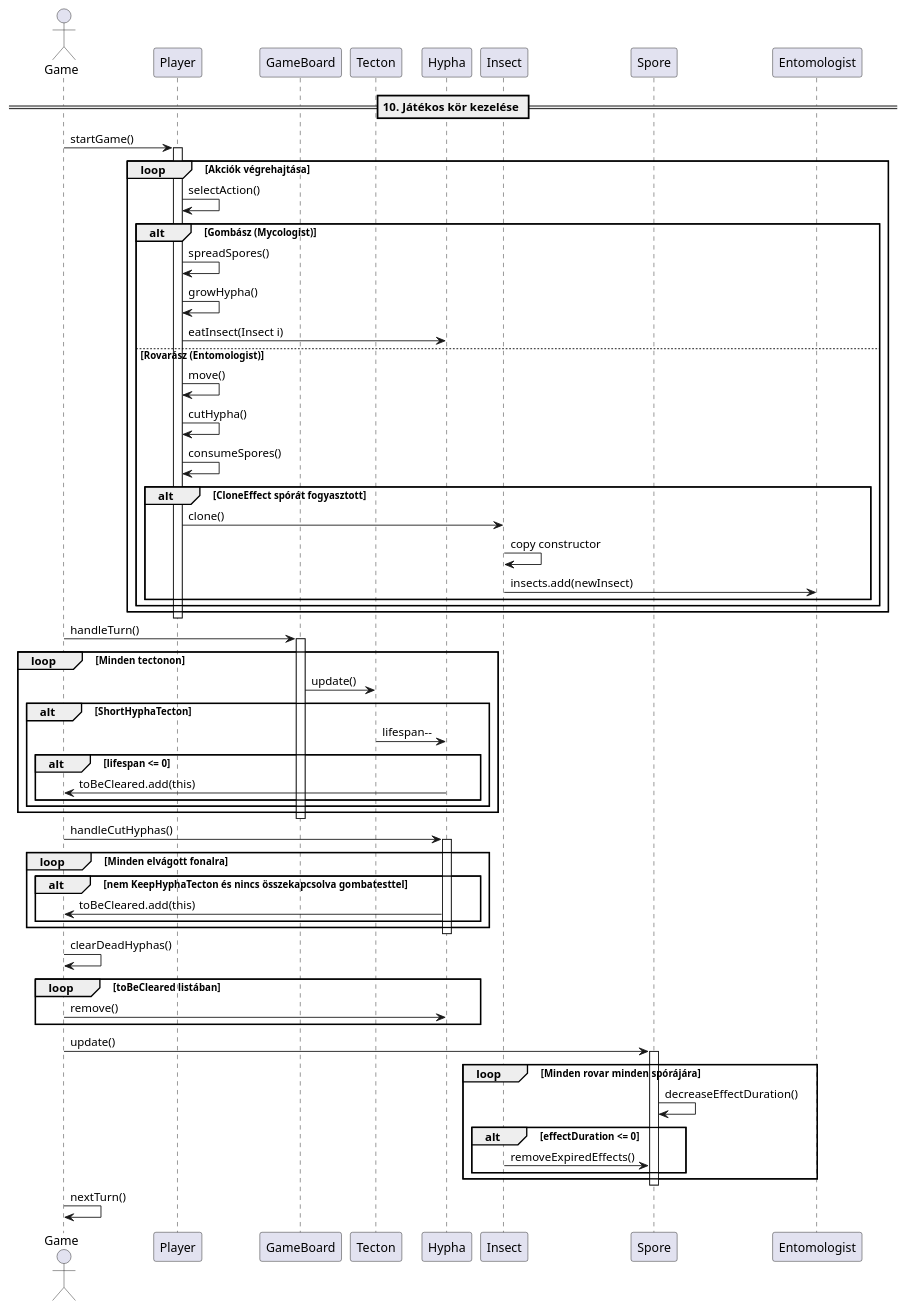
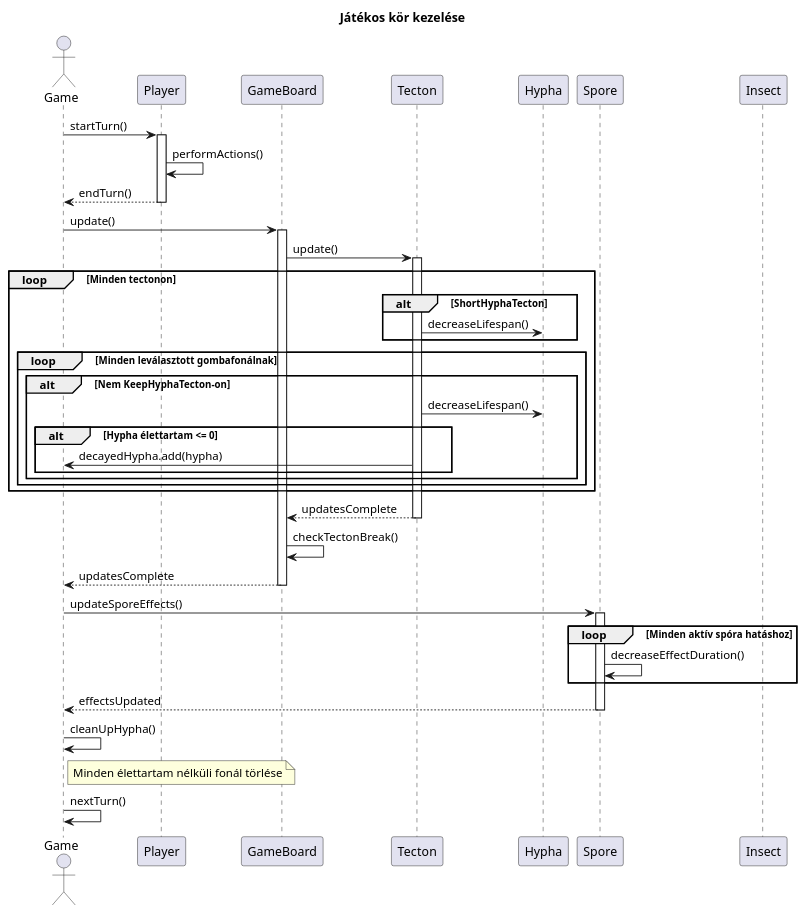
The diagram in docs/Sequence/Turn-kezeles.plantuml (hujberhunor/SzomiSztegoProjlab), drawn with PlantUML before and after one commit. The commit also changed 6 other files, not shown here.

```diff
--- a/docs/Sequence/Turn-kezeles.plantuml
+++ b/docs/Sequence/Turn-kezeles.plantuml
@@ -1,75 +1,61 @@
 @startuml
 
-== 10. Játékos kör kezelése ==
+title Játékos kör kezelése 
 actor Game
 participant Player
 participant GameBoard
 participant Tecton
 participant Hypha
+participant Spore
 participant Insect
-participant Spore
 
-Game -> Player: startGame()
+Game -> Player: startTurn()
 activate Player
+Player -> Player: performActions()
+Player --> Game: endTurn()
+deactivate Player
 
-loop Akciók végrehajtása
-    Player -> Player: selectAction()
-    alt Gombász (Mycologist)
-        Player -> Player: spreadSpores()
-        Player -> Player: growHypha()
-        Player -> Hypha: eatInsect(Insect i)
-    else Rovarász (Entomologist)
-        Player -> Player: move()
-        Player -> Player: cutHypha()
-        Player -> Player: consumeSpores()
-        
-        alt CloneEffect spórát fogyasztott
-            Player -> Insect: clone()
-            Insect -> Insect: copy constructor
-            Insect -> Entomologist: insects.add(newInsect)
+Game -> GameBoard: update()
+activate GameBoard
+
+GameBoard -> Tecton: update()
+activate Tecton
+
+loop Minden tectonon
+    
+    alt ShortHyphaTecton
+        Tecton -> Hypha: decreaseLifespan()
+    end
+    
+    loop Minden leválasztott gombafonálnak
+        alt Nem KeepHyphaTecton-on
+            Tecton -> Hypha: decreaseLifespan()
+            alt Hypha élettartam <= 0
+                Tecton -> Game: decayedHypha.add(hypha)
+            end
         end
     end
 end
 
-deactivate Player
+Tecton --> GameBoard: updatesComplete
+deactivate Tecton
 
-Game -> GameBoard: handleTurn()
-activate GameBoard
-loop Minden tectonon
-    GameBoard -> Tecton: update()
-    alt ShortHyphaTecton
-        Tecton -> Hypha: lifespan--
-        alt lifespan <= 0
-            Hypha -> Game: toBeCleared.add(this)
-        end
-    end
-end
+GameBoard -> GameBoard: checkTectonBreak()
+
+GameBoard --> Game: updatesComplete
 deactivate GameBoard
 
-Game -> Hypha: handleCutHyphas()
-activate Hypha
-loop Minden elvágott fonalra
-    alt nem KeepHyphaTecton és nincs összekapcsolva gombatesttel
-        Hypha -> Game: toBeCleared.add(this)
-    end
+Game -> Spore: updateSporeEffects()
+activate Spore
+loop Minden aktív spóra hatáshoz
+    Spore -> Spore: decreaseEffectDuration()
 end
-deactivate Hypha
+Spore --> Game: effectsUpdated
+deactivate Spore
 
-Game -> Game: clearDeadHyphas()
-loop toBeCleared listában
-    Game -> Hypha: remove()
-end
-
-Game -> Spore: update()
-activate Spore
-loop Minden rovar minden spórájára
-    Spore -> Spore: decreaseEffectDuration()
-    alt effectDuration <= 0
-        Insect -> Spore: removeExpiredEffects()
-    end
-end
-deactivate Spore
+Game -> Game: cleanUpHypha()
+note right of Game: Minden élettartam nélküli fonál törlése
 
 Game -> Game: nextTurn()
 
 @enduml
```
